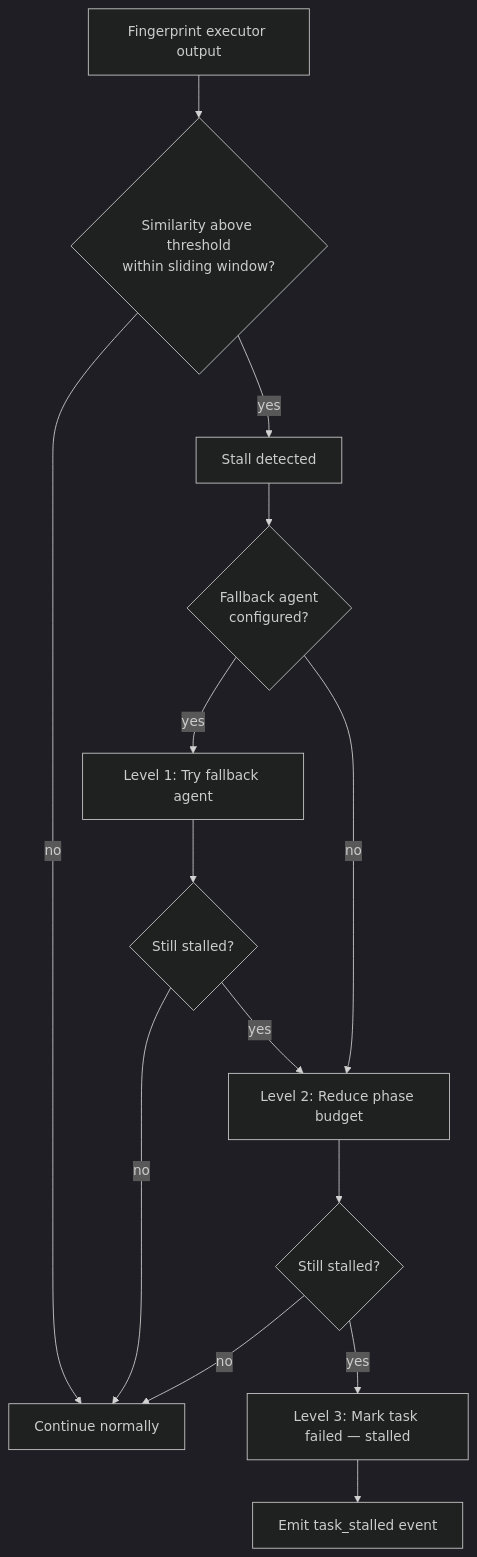
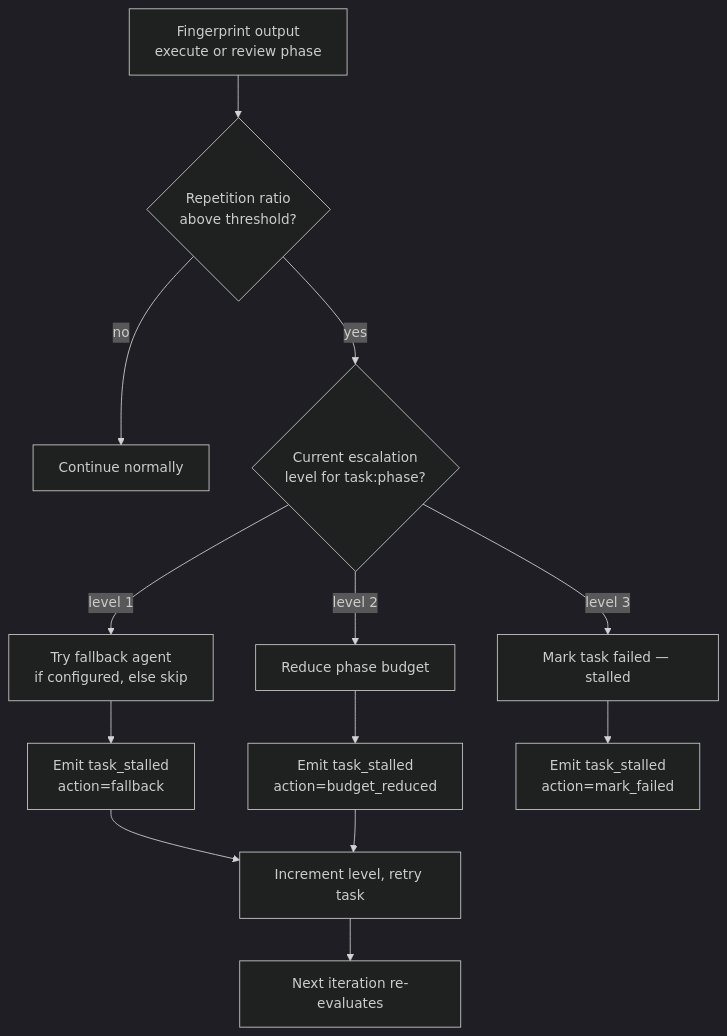
The seventh of 8 diagrams in docs/orchestration.md (opus-domini/praetor), drawn with Mermaid before and after one commit. The commit also changed other lines of this file and 1 other file, not shown here.

First line of the commit message:
fix: correct all orchestration diagrams against actual implementation

````diff
--- a/docs/orchestration.md
+++ b/docs/orchestration.md
@@ -355,20 +428,19 @@
 ```mermaid
 ---
 config:
   theme: dark
 ---
 flowchart TD
-    A[Fingerprint executor output] --> B{Similarity above threshold<br/>within sliding window?}
+    A[Fingerprint output<br>execute or review phase] --> B{Repetition ratio<br>above threshold?}
     B -- no --> C[Continue normally]
-    B -- yes --> D[Stall detected]
-    D --> E{Fallback agent<br/>configured?}
-    E -- yes --> F[Level 1: Try fallback agent]
-    F --> G{Still stalled?}
-    G -- no --> C
-    G -- yes --> H[Level 2: Reduce phase budget]
-    E -- no --> H
-    H --> I{Still stalled?}
-    I -- no --> C
-    I -- yes --> J[Level 3: Mark task failed — stalled]
-    J --> K[Emit task_stalled event]
+    B -- yes --> D{Current escalation<br>level for task:phase?}
+    D -- "level 1" --> E[Try fallback agent<br>if configured, else skip]
+    D -- "level 2" --> F[Reduce phase budget]
+    D -- "level 3" --> G[Mark task failed — stalled]
+    E --> H[Emit task_stalled<br>action=fallback]
+    F --> I[Emit task_stalled<br>action=budget_reduced]
+    G --> J[Emit task_stalled<br>action=mark_failed]
+    H --> K[Increment level, retry task]
+    I --> K
+    K --> L[Next iteration re-evaluates]
 ```
````
